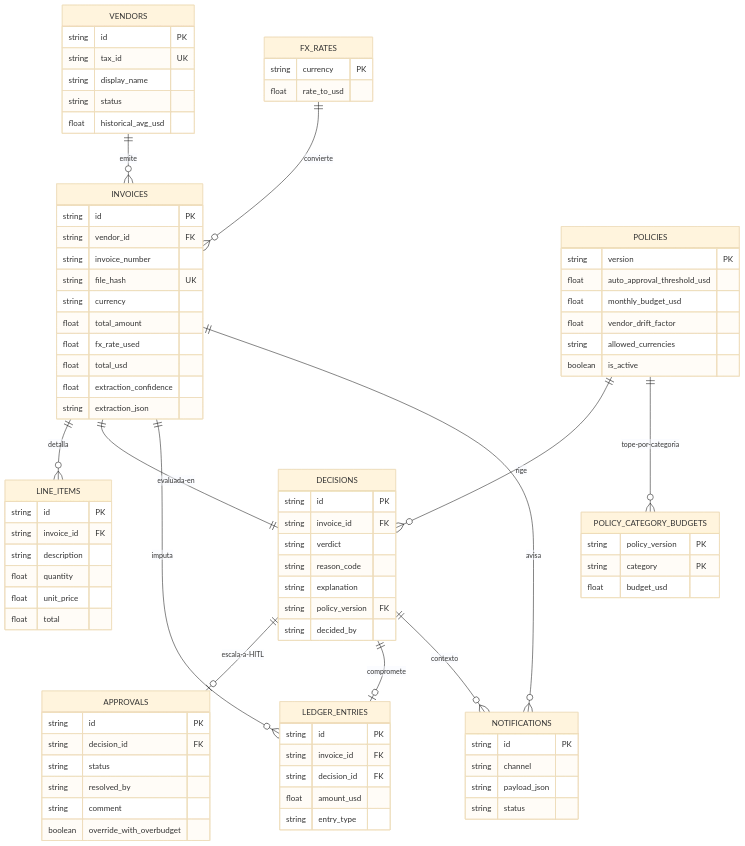
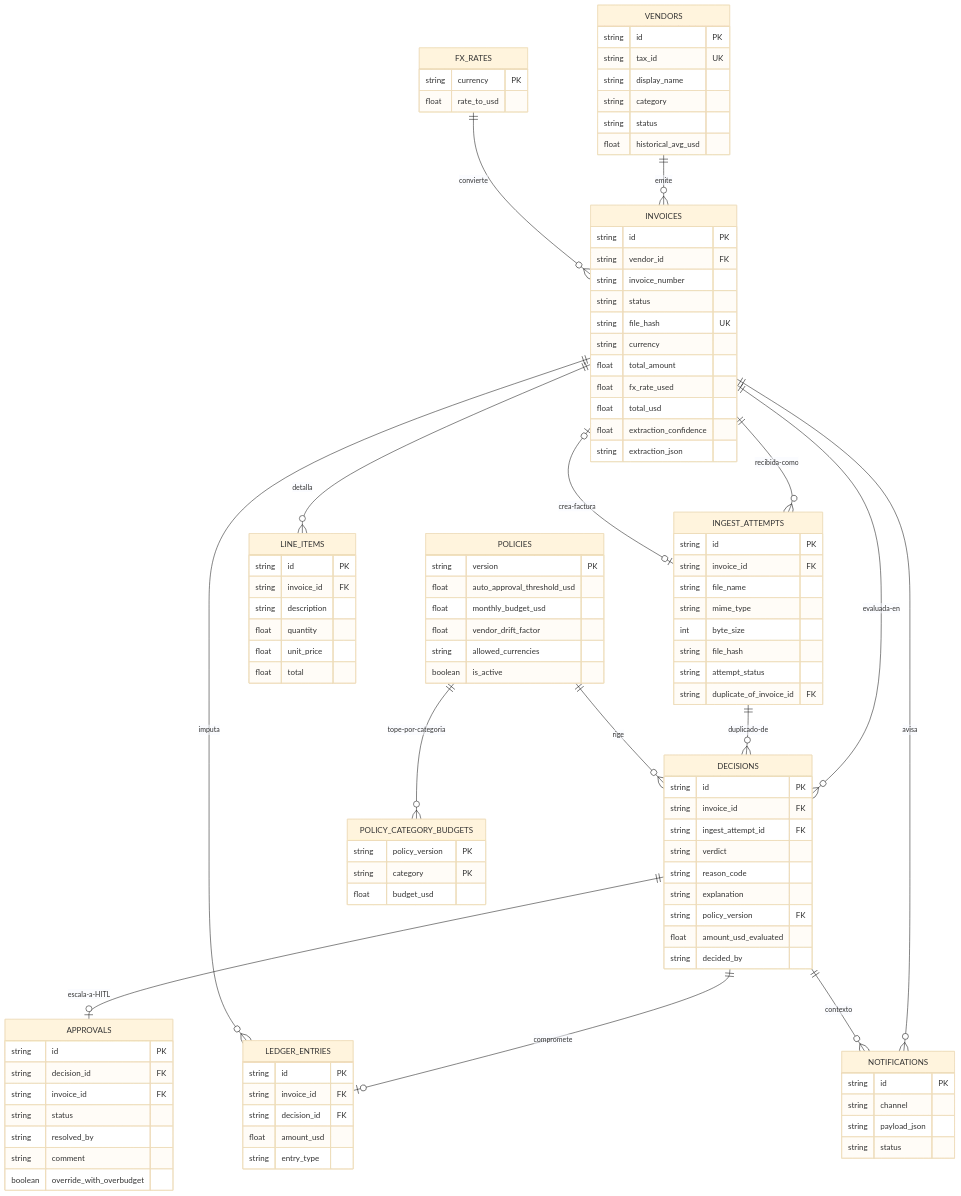
Before and after one commit to d4sf/faktur: the diagram in diagramas/er.mmd, drawn with Mermaid (base theme). The commit also changed 2 other files, not shown here.

First paragraph of the commit message:
docs: update er model for ingest attempts and vendor category
Resolves three contradictions that blocked writing the schema:

```diff
--- a/diagramas/er.mmd
+++ b/diagramas/er.mmd
@@ -1,87 +1,105 @@
 erDiagram
-    VENDORS ||--o{ INVOICES : "emite" 
+    VENDORS ||--o{ INVOICES : "emite"
+    INVOICES ||--o{ INGEST_ATTEMPTS : "recibida-como"
+    INGEST_ATTEMPTS o|--o| INVOICES : "crea-factura"
     INVOICES ||--o{ LINE_ITEMS : "detalla"
-    INVOICES ||--|| DECISIONS : "evaluada-en"
+    INVOICES ||--o{ DECISIONS : "evaluada-en"
+    INGEST_ATTEMPTS ||--o{ DECISIONS : "duplicado-de"
     POLICIES ||--o{ DECISIONS : "rige"
     POLICIES ||--o{ POLICY_CATEGORY_BUDGETS : "tope-por-categoria"
     DECISIONS ||--o| APPROVALS : "escala-a-HITL"
     DECISIONS ||--o| LEDGER_ENTRIES : "compromete"
     INVOICES ||--o{ LEDGER_ENTRIES : "imputa"
     INVOICES ||--o{ NOTIFICATIONS : "avisa"
     DECISIONS ||--o{ NOTIFICATIONS : "contexto"
     FX_RATES ||--o{ INVOICES : "convierte"
 
     VENDORS {
         string id PK
         string tax_id UK
         string display_name
+        string category
         string status
         float historical_avg_usd
     }
     INVOICES {
         string id PK
         string vendor_id FK
         string invoice_number
+        string status
         string file_hash UK
         string currency
         float total_amount
         float fx_rate_used
         float total_usd
         float extraction_confidence
         string extraction_json
+    }
+    INGEST_ATTEMPTS {
+        string id PK
+        string invoice_id FK
+        string file_name
+        string mime_type
+        int byte_size
+        string file_hash
+        string attempt_status
+        string duplicate_of_invoice_id FK
     }
     LINE_ITEMS {
         string id PK
         string invoice_id FK
         string description
         float quantity
         float unit_price
         float total
     }
     POLICIES {
         string version PK
         float auto_approval_threshold_usd
         float monthly_budget_usd
         float vendor_drift_factor
         string allowed_currencies
         boolean is_active
     }
     POLICY_CATEGORY_BUDGETS {
         string policy_version PK
         string category PK
         float budget_usd
     }
     FX_RATES {
         string currency PK
         float rate_to_usd
     }
     DECISIONS {
         string id PK
         string invoice_id FK
+        string ingest_attempt_id FK
         string verdict
         string reason_code
         string explanation
         string policy_version FK
+        float amount_usd_evaluated
         string decided_by
     }
     APPROVALS {
         string id PK
         string decision_id FK
+        string invoice_id FK
         string status
         string resolved_by
         string comment
         boolean override_with_overbudget
     }
     LEDGER_ENTRIES {
         string id PK
         string invoice_id FK
         string decision_id FK
         float amount_usd
         string entry_type
     }
     NOTIFICATIONS {
         string id PK
         string channel
         string payload_json
         string status
     }
```
